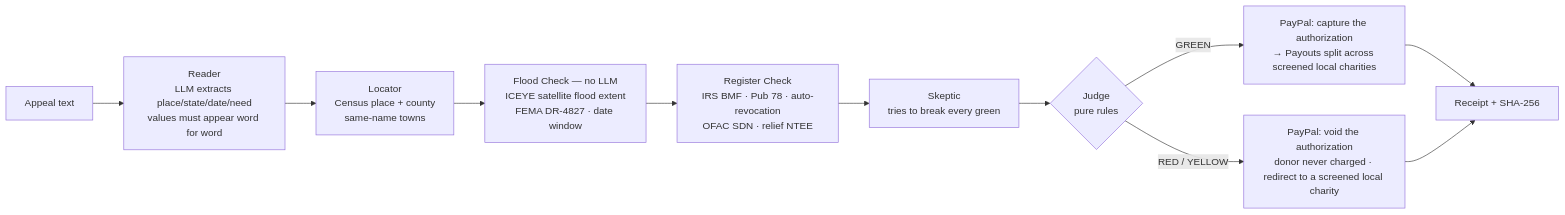
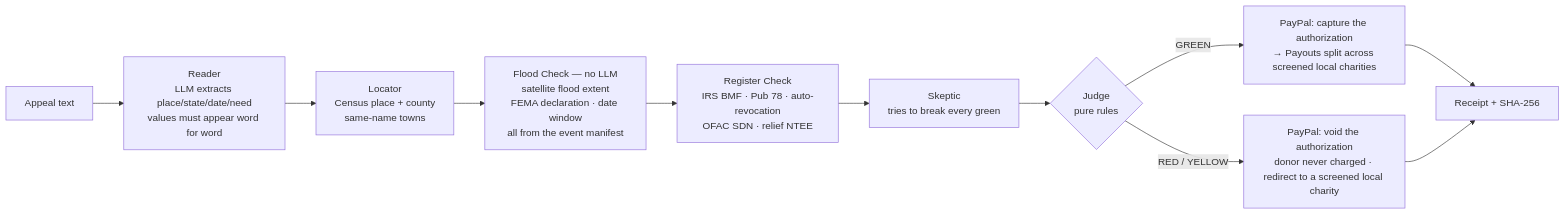
The diagram in README.md (micneeraj/lifeline), drawn with Mermaid before and after one commit. The commit also changed other lines of this file and 28 other files, not shown here.

First line of the commit message:
Mentor feedback: donor-first view, flood evidence label, reviewer queue, event manifest, county-first charities, partner list, Check with Lifeline

````diff
--- a/README.md
+++ b/README.md
@@ -100,13 +165,13 @@
 ```mermaid
 flowchart LR
   A[Appeal text] --> R[Reader<br/>LLM extracts place/state/date/need<br/>values must appear word for word]
   R --> L[Locator<br/>Census place + county<br/>same-name towns]
-  L --> F[Flood Check — no LLM<br/>ICEYE satellite flood extent<br/>FEMA DR-4827 · date window]
+  L --> F[Flood Check — no LLM<br/>satellite flood extent<br/>FEMA declaration · date window<br/>all from the event manifest]
   F --> G[Register Check<br/>IRS BMF · Pub 78 · auto-revocation<br/>OFAC SDN · relief NTEE]
   G --> S[Skeptic<br/>tries to break every green]
   S --> J{Judge<br/>pure rules}
   J -- GREEN --> P1[PayPal: capture the authorization<br/>→ Payouts split across screened local charities]
   J -- RED / YELLOW --> P2[PayPal: void the authorization<br/>donor never charged · redirect to a screened local charity]
   P1 --> RC[Receipt + SHA-256]
   P2 --> RC
 ```
````
